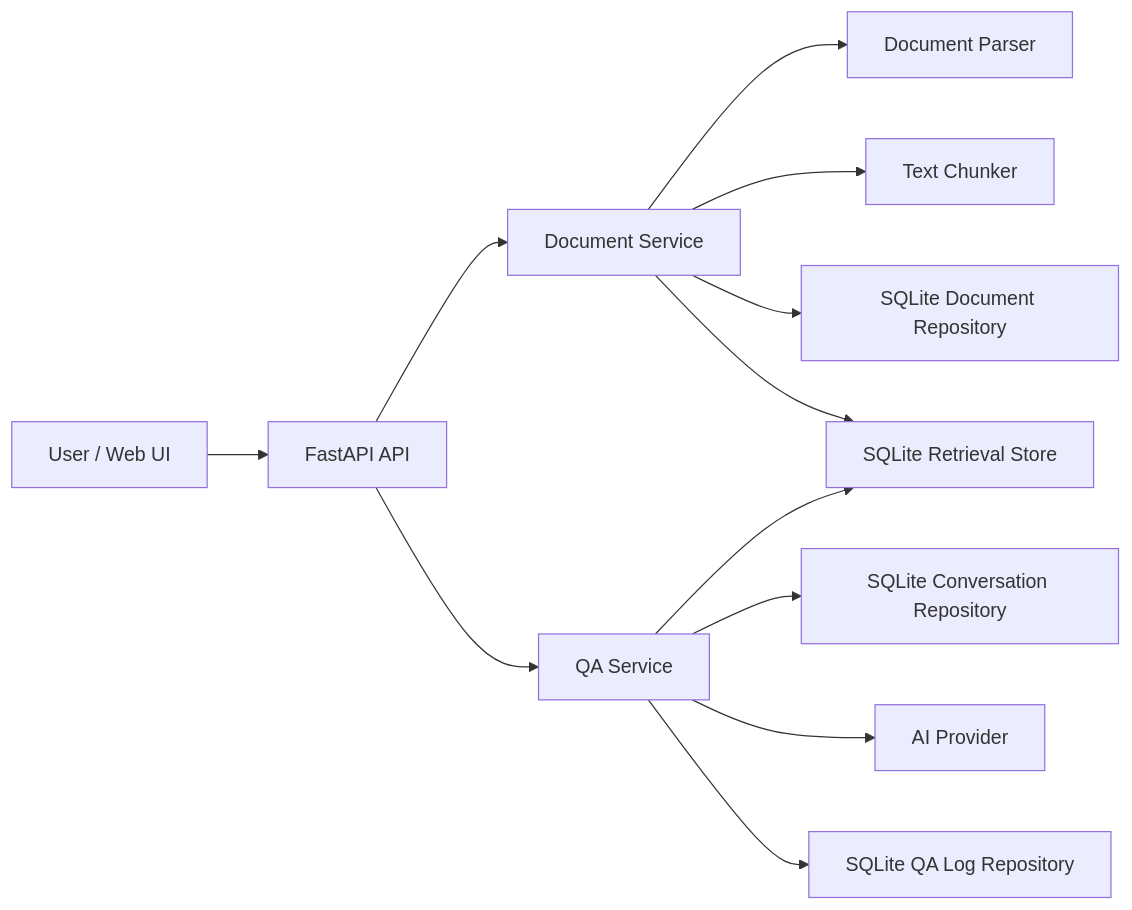
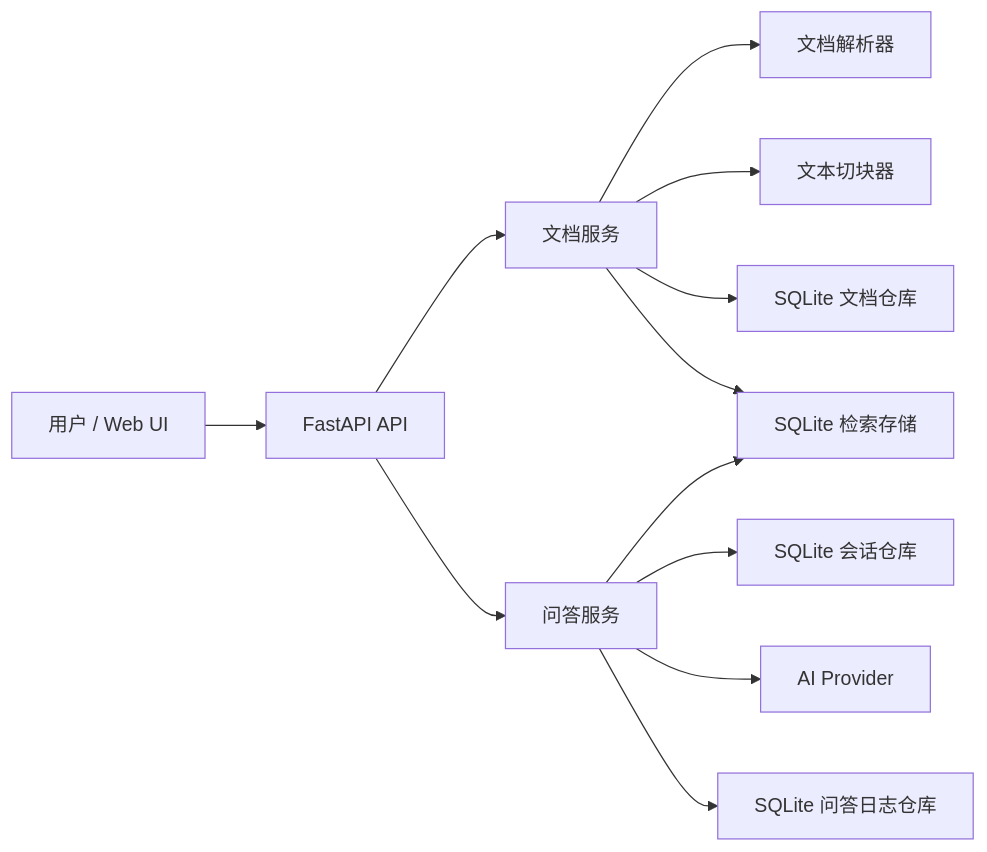
One commit to 1812363520a-cpu/document-qa-system changed the diagram in docs/architecture.md. Above: the diagram before and after it, drawn with Mermaid. The commit also changed other lines of this file and 2 other files, not shown here.

````diff
--- a/docs/architecture.md
+++ b/docs/architecture.md
@@ -15,14 +15,14 @@
 ```mermaid
 flowchart LR
-  User["User / Web UI"] --> API["FastAPI API"]
-  API --> Docs["Document Service"]
-  Docs --> Parser["Document Parser"]
-  Docs --> Chunker["Text Chunker"]
-  Docs --> DocRepo["SQLite Document Repository"]
-  Docs --> Store["SQLite Retrieval Store"]
-  API --> QA["QA Service"]
+  User["用户 / Web UI"] --> API["FastAPI API"]
+  API --> Docs["文档服务"]
+  Docs --> Parser["文档解析器"]
+  Docs --> Chunker["文本切块器"]
+  Docs --> DocRepo["SQLite 文档仓库"]
+  Docs --> Store["SQLite 检索存储"]
+  API --> QA["问答服务"]
   QA --> Store
-  QA --> ConvRepo["SQLite Conversation Repository"]
+  QA --> ConvRepo["SQLite 会话仓库"]
   QA --> Provider["AI Provider"]
-  QA --> LogRepo["SQLite QA Log Repository"]
+  QA --> LogRepo["SQLite 问答日志仓库"]
 ```
````
